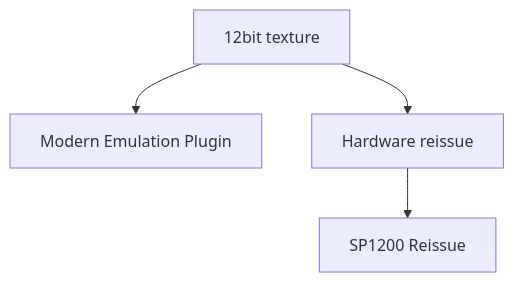
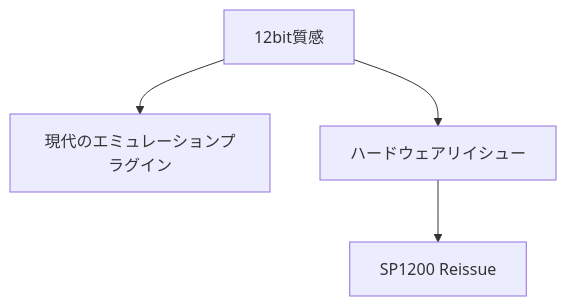
One commit to monumental-movement/monumental-movement.github.io changed the eighth of 21 diagrams in en/_posts/2025-11-20-column-akai-mpc-60-emu-sp1200.md. Above: the diagram before and after it, drawn with Mermaid. The commit also changed other lines of this file and 2196 other files, not shown here.

```diff
--- a/en/_posts/2025-11-20-column-akai-mpc-60-emu-sp1200.md
+++ b/en/_posts/2025-11-20-column-akai-mpc-60-emu-sp1200.md
@@ -330,8 +330,8 @@
 <div class="mermaid">
     
 flowchart TD
-    A["12bit texture"] --> B["Modern Emulation Plugin"]
-    A --> C["Hardware reissue"]
+    A["12bit質感"] --> B["現代のエミュレーションプラグイン"]
+    A --> C["ハードウェアリイシュー"]
     C --> D["SP1200 Reissue"]
 
 </div> 
```
